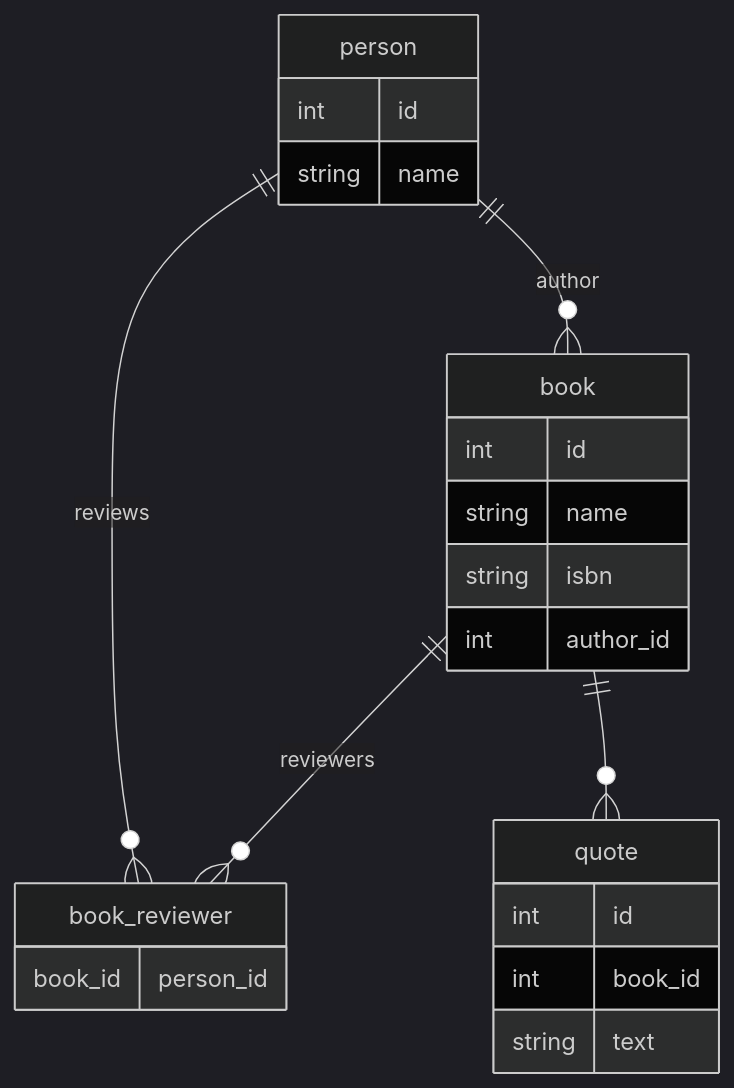
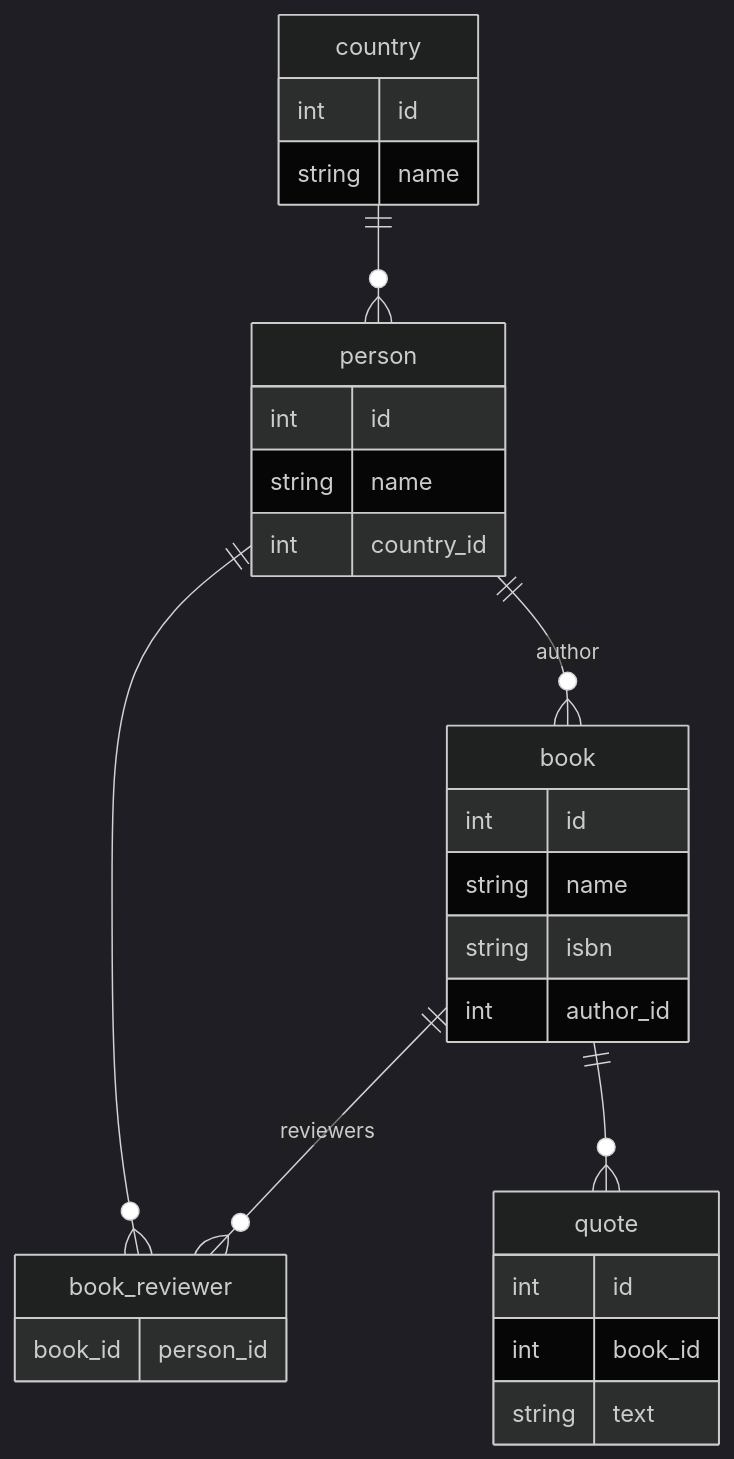
One commit to Fradantim/spring-graphql-2-jpa changed the diagram in README.md. Above: the diagram before and after it, drawn with Mermaid (dark theme). The commit also changed other lines of this file and 13 other files, not shown here.

````diff
--- a/README.md
+++ b/README.md
@@ -8,30 +8,37 @@
 ``` mermaid
 erDiagram
 book {
   int id
   string name
   string isbn
   int author_id
 }
 
 person {
   int id
   string name
+  int country_id
 }
 
 quote {
   int id
   int book_id
   string text
 }
 
 book_reviewer {
   book_id
   person_id
 }
 
+country {
+  int id
+  string name
+}
+
 book ||--o{ book_reviewer : "reviewers"
-person ||--o{ book_reviewer : "reviews"
+person ||--o{ book_reviewer : ""
 person ||--o{ book : "author"
+country ||--o{ person : ""
 book ||--o{ quote : ""
 ```
````
